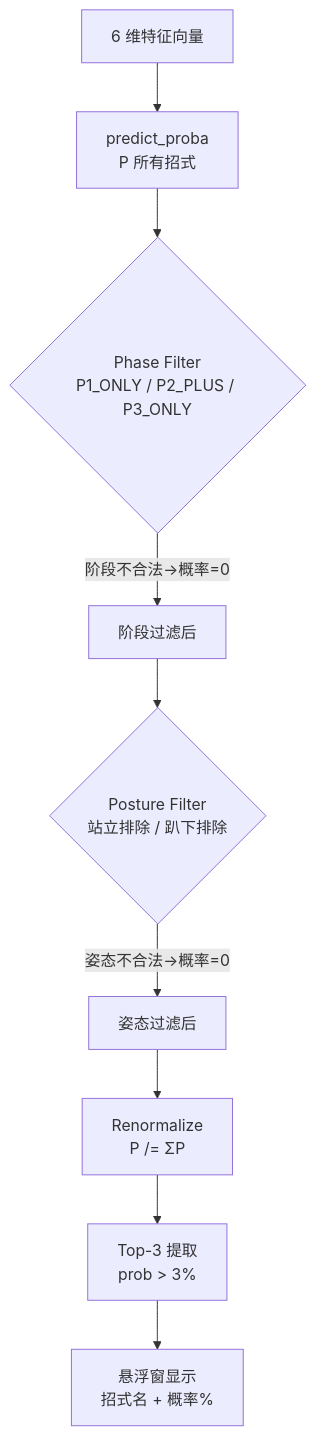
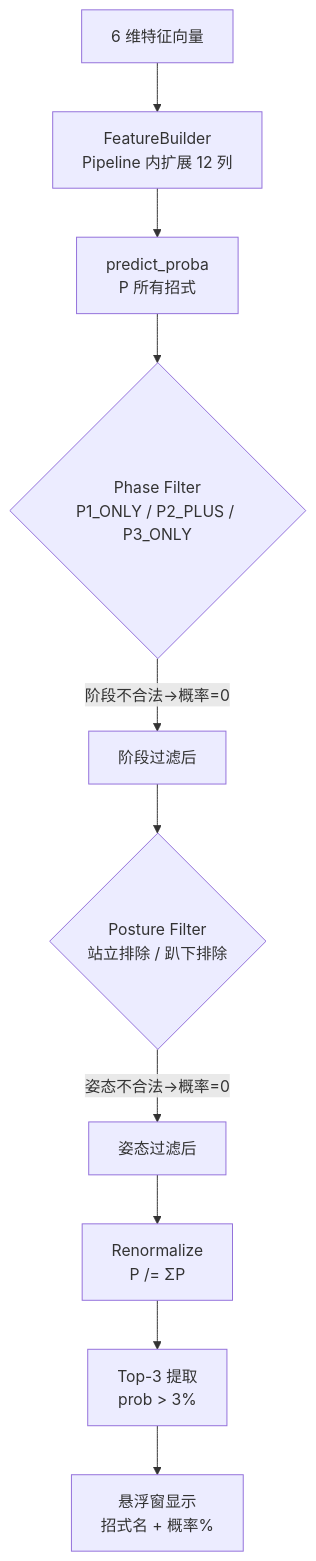
The diagram in obsidian/AI_Model/LightGBM_Model.md (DeltMchey/Fatalis_Prediction), drawn with Mermaid before and after one commit. The commit also changed other lines of this file and 5 other files, not shown here.

````diff
--- a/obsidian/AI_Model/LightGBM_Model.md
+++ b/obsidian/AI_Model/LightGBM_Model.md
@@ -75,14 +88,15 @@
 ```mermaid
 graph TD
-    FEAT[6 维特征向量] --> PROBA[predict_proba<br/>P 所有招式]
-    
+    FEAT[6 维特征向量] --> FB[FeatureBuilder<br/>Pipeline 内扩展 12 列]
+    FB --> PROBA[predict_proba<br/>P 所有招式]
+
     PROBA --> P_FILTER{Phase Filter<br/>P1_ONLY / P2_PLUS / P3_ONLY}
     P_FILTER -->|阶段不合法→概率=0| P_FILTERED[阶段过滤后]
-    
+
     P_FILTERED --> POST_FILTER{Posture Filter<br/>站立排除 / 趴下排除}
     POST_FILTER -->|姿态不合法→概率=0| POST_FILTERED[姿态过滤后]
-    
+
     POST_FILTERED --> NORM[Renormalize<br/>P /= ΣP]
     NORM --> TOP3[Top-3 提取<br/>prob > 3%]
     TOP3 --> DISPLAY[悬浮窗显示<br/>招式名 + 概率%]
 ```
````
